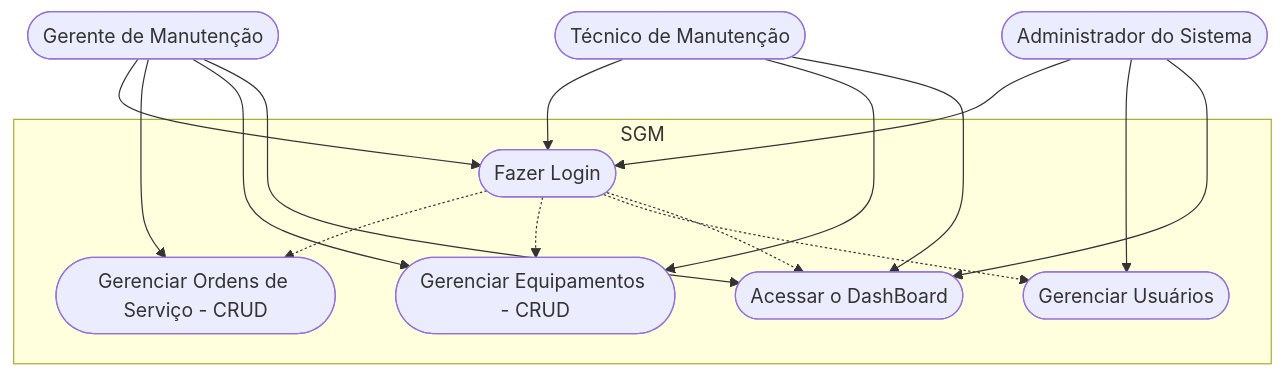
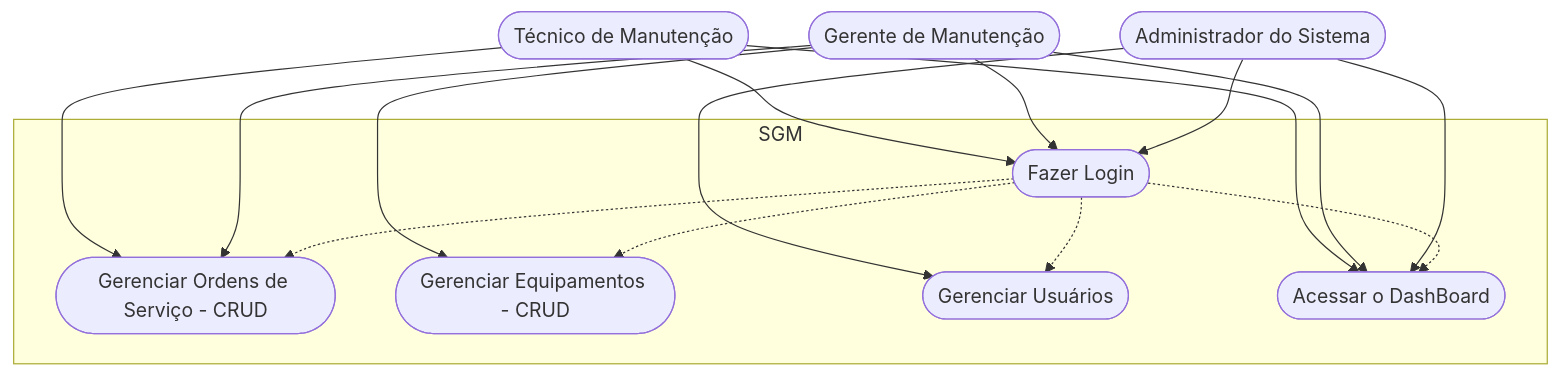
Before and after one commit to Beatriz-Barbosa287/Front-End-Aulas: the second of 3 diagrams in frameworks/formativa-sgm/README.md, drawn with Mermaid. The commit also changed 6 other files, not shown here.

````diff
--- a/frameworks/formativa-sgm/README.md
+++ b/frameworks/formativa-sgm/README.md
@@ -103,35 +103,35 @@
 ``` mermaid
 graph TD
 
     subgraph "SGM"
         caso1([Fazer Login])
         caso2([Gerenciar Ordens de Serviço - CRUD])
         caso3([Gerenciar Equipamentos - CRUD])
         caso4([Gerenciar Usuários])
         caso5([Acessar o DashBoard])
     end 
 
     Tecnico([Técnico de Manutenção])
     Gerente([Gerente de Manutenção])
     Admin([Administrador do Sistema])
 
     
     Tecnico --> caso1
-    Tecnico --> caso3
+    Tecnico --> caso2
     Tecnico --> caso5
 
     Gerente --> caso1
     Gerente --> caso2
     Gerente --> caso3
     Gerente --> caso5
 
     Admin --> caso1
     Admin --> caso4
     Admin --> caso5
 
     caso1 -.-> caso2
     caso1 -.-> caso3
     caso1 -.-> caso4
     caso1 -.-> caso5
 
 ```
````
